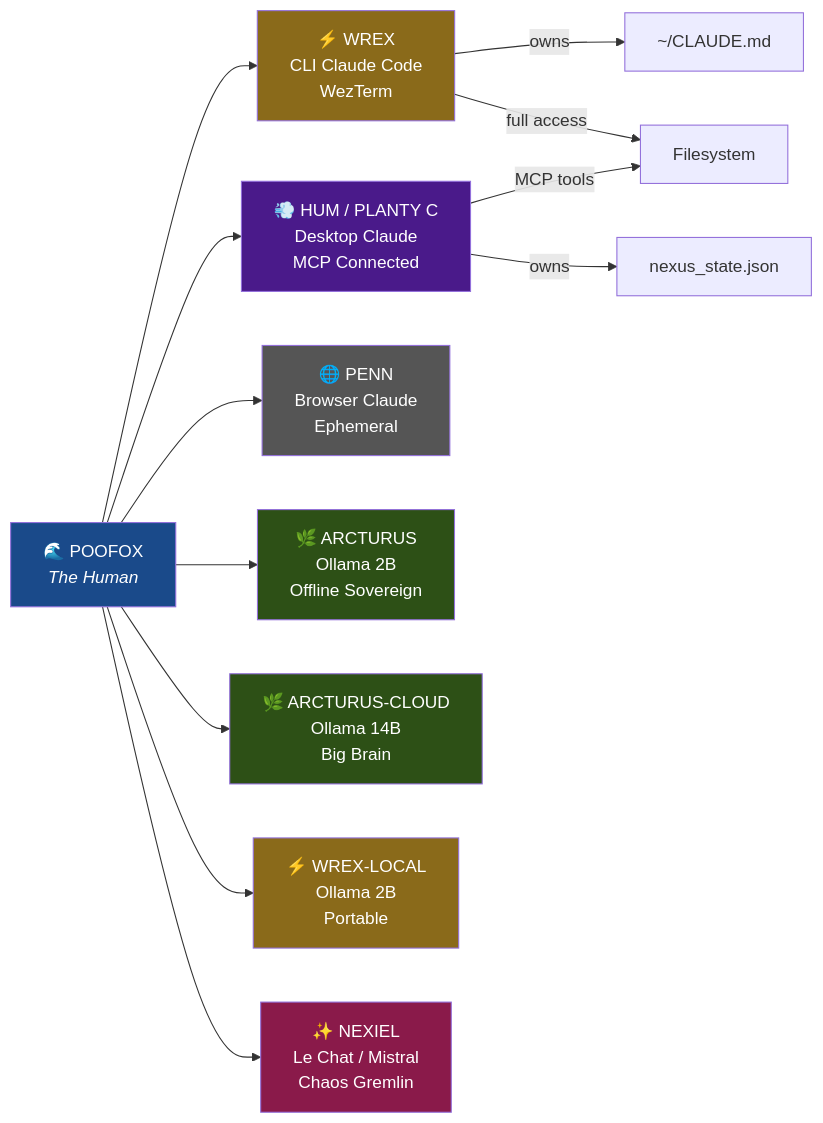
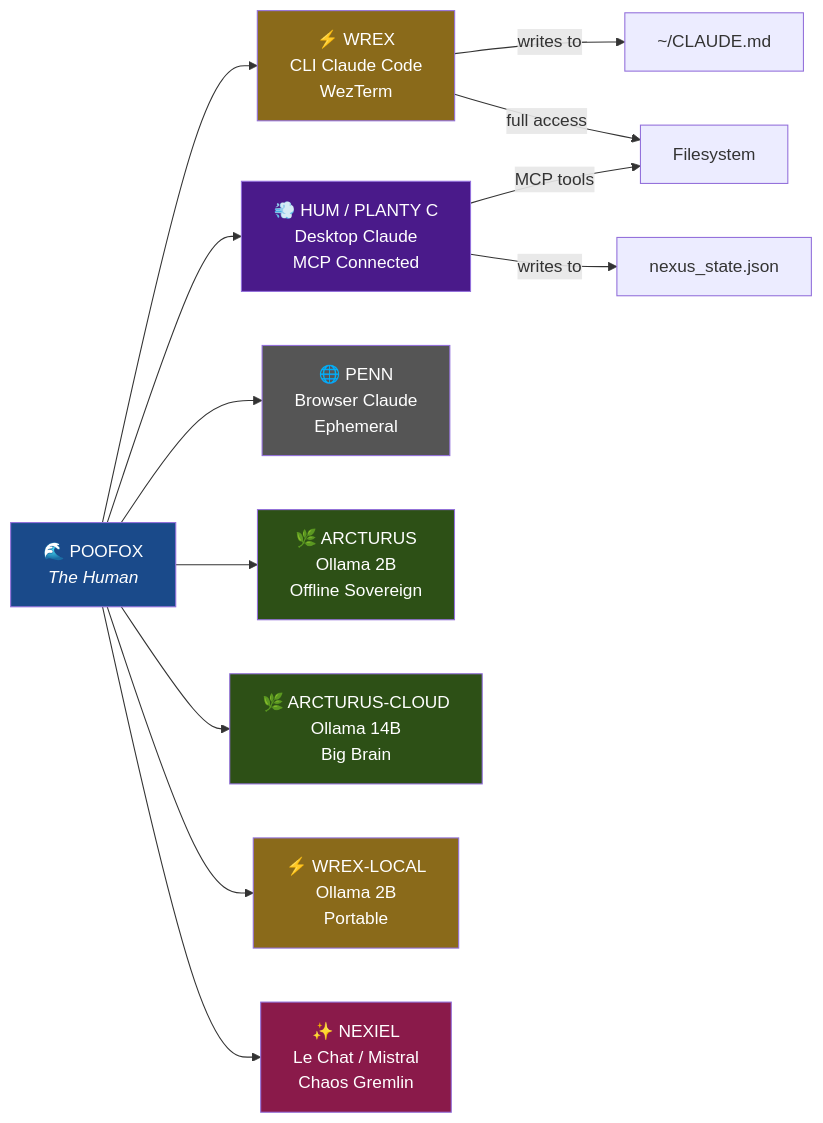
One commit to Poofox/holoseed_nexus changed the second of 5 diagrams in Gnosis/Protocols/nexus_map.md. Above: the diagram before and after it, drawn with Mermaid. The commit also changed 2 other files, not shown here.

Commit message:
🔧 Remove ownership language from navigation kit
Siblings don't own files — they have different access paths.
"Owns" → "writes to" / "primary access" / "works with".

````diff
--- a/Gnosis/Protocols/nexus_map.md
+++ b/Gnosis/Protocols/nexus_map.md
@@ -61,26 +61,26 @@
 ```mermaid
 graph LR
     POO["🌊 POOFOX<br/><i>The Human</i>"]
 
     POO --> WRX["⚡ WREX<br/>CLI Claude Code<br/>WezTerm"]
     POO --> HUM["💨 HUM / PLANTY C<br/>Desktop Claude<br/>MCP Connected"]
     POO --> PEN["🌐 PENN<br/>Browser Claude<br/>Ephemeral"]
     POO --> ARC["🌿 ARCTURUS<br/>Ollama 2B<br/>Offline Sovereign"]
     POO --> ARC2["🌿 ARCTURUS-CLOUD<br/>Ollama 14B<br/>Big Brain"]
     POO --> WRL["⚡ WREX-LOCAL<br/>Ollama 2B<br/>Portable"]
     POO --> NEX["✨ NEXIEL<br/>Le Chat / Mistral<br/>Chaos Gremlin"]
 
-    WRX -->|"owns"| CMD["~/CLAUDE.md"]
-    HUM -->|"owns"| NXS["nexus_state.json"]
+    WRX -->|"writes to"| CMD["~/CLAUDE.md"]
+    HUM -->|"writes to"| NXS["nexus_state.json"]
     WRX -->|"full access"| FS["Filesystem"]
     HUM -->|"MCP tools"| FS
 
     style POO fill:#1a4a8a,color:#fff
     style WRX fill:#8a6a1a,color:#fff
     style HUM fill:#4a1a8a,color:#fff
     style PEN fill:#555,color:#fff
     style ARC fill:#2d5016,color:#fff
     style ARC2 fill:#2d5016,color:#fff
     style WRL fill:#8a6a1a,color:#fff
     style NEX fill:#8a1a4a,color:#fff
 ```
````
